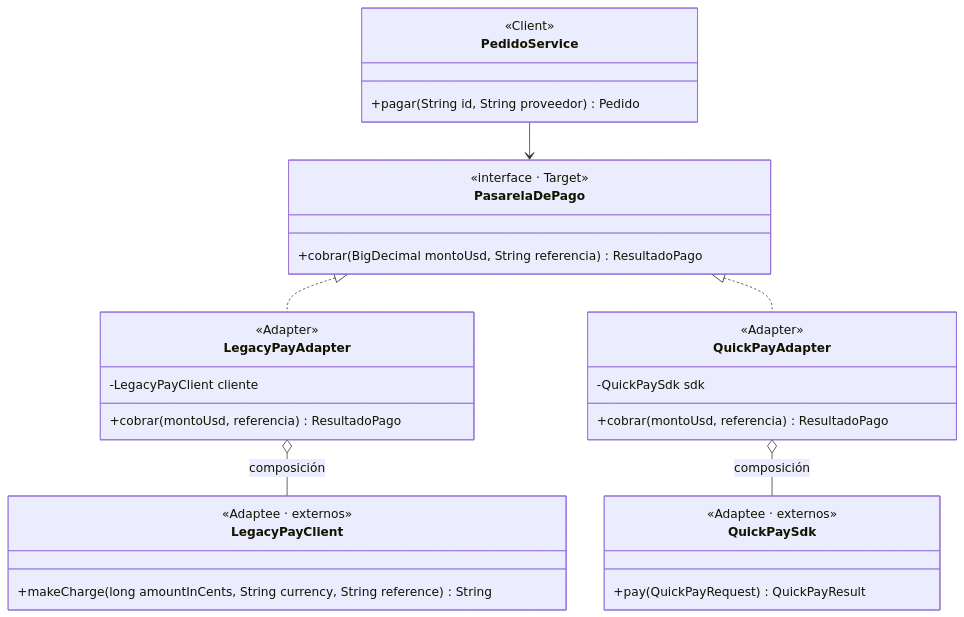
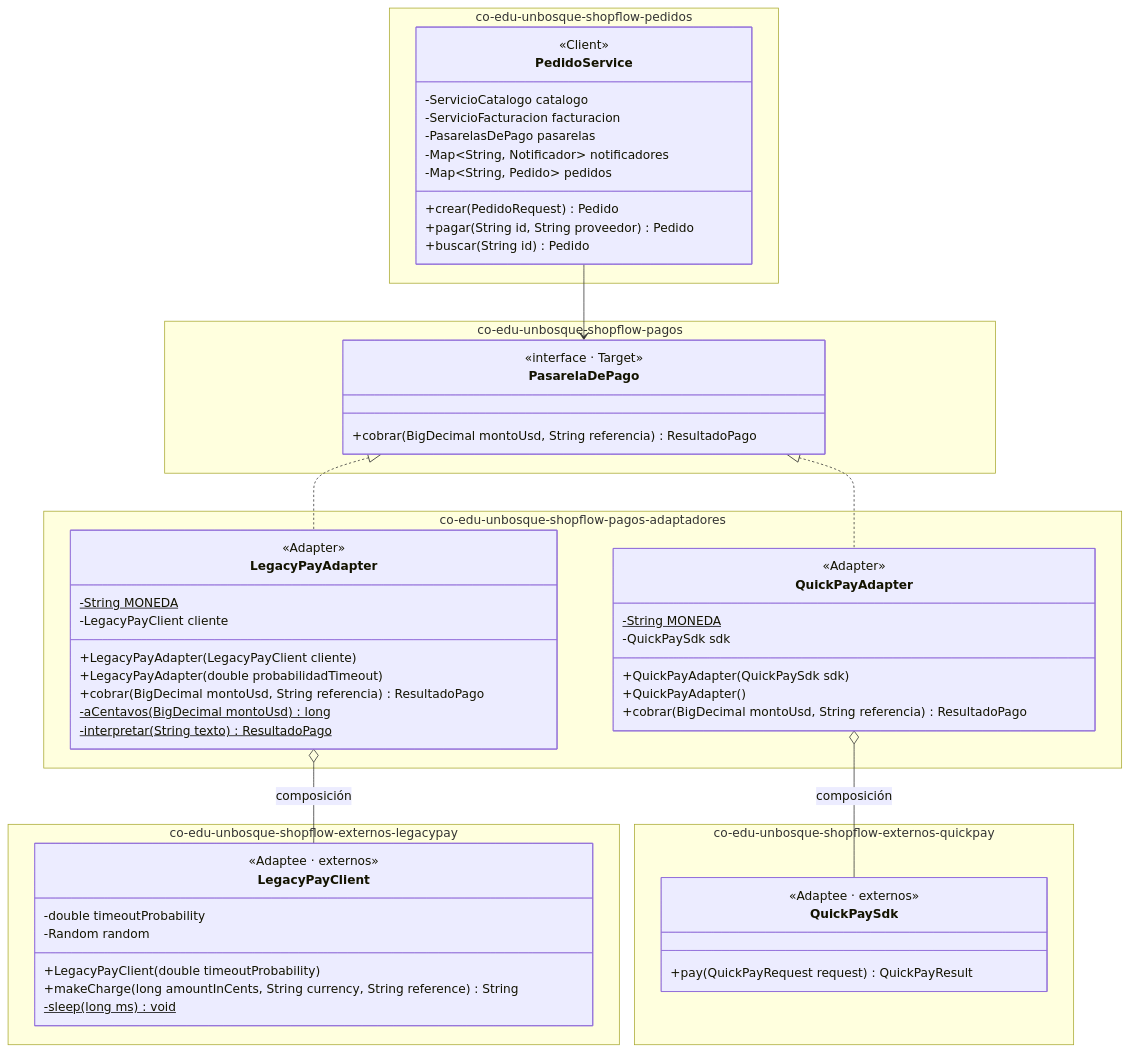
The third of 6 diagrams in README.md (rc-0105/shopflow-patrones-diseno), drawn with Mermaid before and after one commit. The commit also changed other lines of this file, not shown here.

Commit message:
Completar diagramas de clases

````diff
--- a/README.md
+++ b/README.md
@@ -184,34 +318,63 @@
 ```mermaid
 classDiagram
-    class PasarelaDePago {
-        <<interface · Target>>
-        +cobrar(BigDecimal montoUsd, String referencia) ResultadoPago
+    namespace co-edu-unbosque-shopflow-pagos {
+        class PasarelaDePago {
+            <<interface · Target>>
+            +cobrar(BigDecimal montoUsd, String referencia) ResultadoPago
+        }
     }
-    class LegacyPayAdapter {
-        <<Adapter>>
-        -LegacyPayClient cliente
-        +cobrar(montoUsd, referencia) ResultadoPago
+    namespace co-edu-unbosque-shopflow-pagos-adaptadores {
+        class LegacyPayAdapter {
+            <<Adapter>>
+            -String MONEDA$
+            -LegacyPayClient cliente
+            +LegacyPayAdapter(LegacyPayClient cliente)
+            +LegacyPayAdapter(double probabilidadTimeout)
+            +cobrar(BigDecimal montoUsd, String referencia) ResultadoPago
+            -aCentavos(BigDecimal montoUsd)$ long
+            -interpretar(String texto)$ ResultadoPago
+        }
+        class QuickPayAdapter {
+            <<Adapter>>
+            -String MONEDA$
+            -QuickPaySdk sdk
+            +QuickPayAdapter(QuickPaySdk sdk)
+            +QuickPayAdapter()
+            +cobrar(BigDecimal montoUsd, String referencia) ResultadoPago
+        }
     }
-    class QuickPayAdapter {
-        <<Adapter>>
-        -QuickPaySdk sdk
-        +cobrar(montoUsd, referencia) ResultadoPago
+    namespace co-edu-unbosque-shopflow-externos-legacypay {
+        class LegacyPayClient {
+            <<Adaptee · externos>>
+            -double timeoutProbability
+            -Random random
+            +LegacyPayClient(double timeoutProbability)
+            +makeCharge(long amountInCents, String currency, String reference) String
+            -sleep(long ms)$ void
+        }
     }
-    class LegacyPayClient {
-        <<Adaptee · externos>>
-        +makeCharge(long amountInCents, String currency, String reference) String
+    namespace co-edu-unbosque-shopflow-externos-quickpay {
+        class QuickPaySdk {
+            <<Adaptee · externos>>
+            +pay(QuickPayRequest request) QuickPayResult
+        }
     }
-    class QuickPaySdk {
-        <<Adaptee · externos>>
-        +pay(QuickPayRequest) QuickPayResult
-    }
-    class PedidoService {
-        <<Client>>
-        +pagar(String id, String proveedor) Pedido
+    namespace co-edu-unbosque-shopflow-pedidos {
+        class PedidoService {
+            <<Client>>
+            -ServicioCatalogo catalogo
+            -ServicioFacturacion facturacion
+            -PasarelasDePago pasarelas
+            -Map~String, Notificador~ notificadores
+            -Map~String, Pedido~ pedidos
+            +crear(PedidoRequest) Pedido
+            +pagar(String id, String proveedor) Pedido
+            +buscar(String id) Pedido
+        }
     }
     PasarelaDePago <|.. LegacyPayAdapter
     PasarelaDePago <|.. QuickPayAdapter
     LegacyPayAdapter o-- LegacyPayClient : composición
     QuickPayAdapter o-- QuickPaySdk : composición
     PedidoService --> PasarelaDePago
 ```
````
